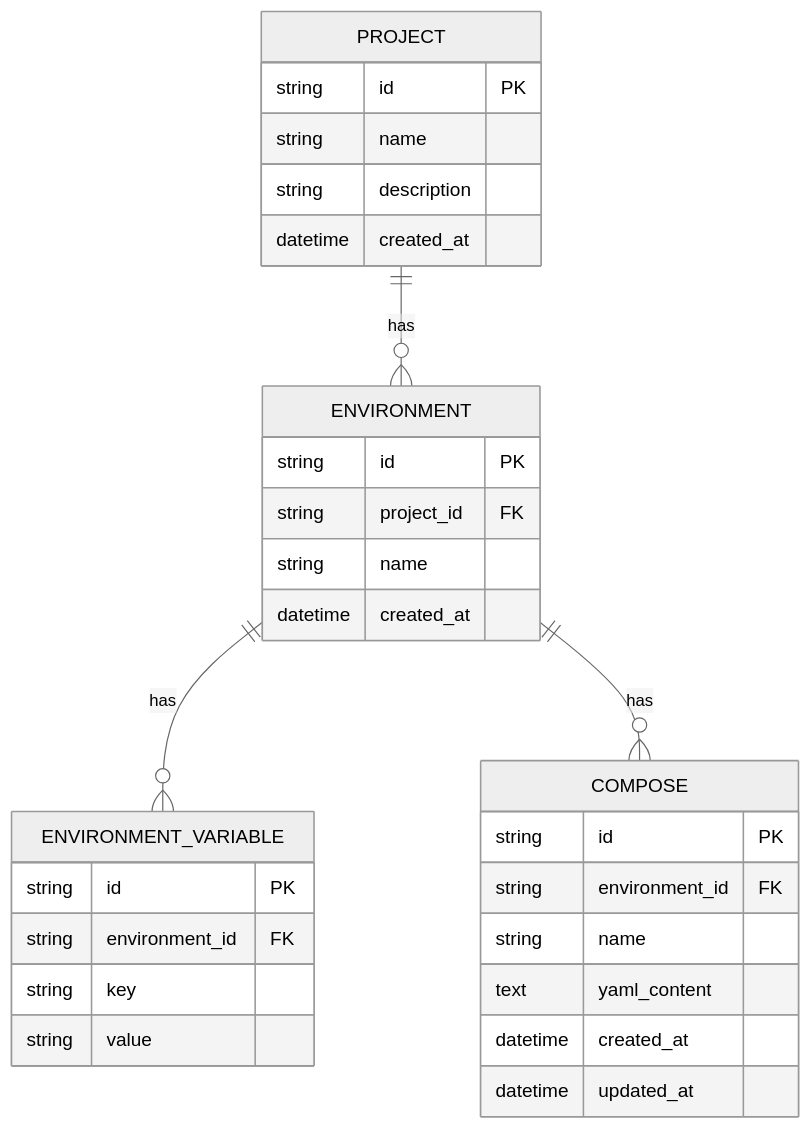
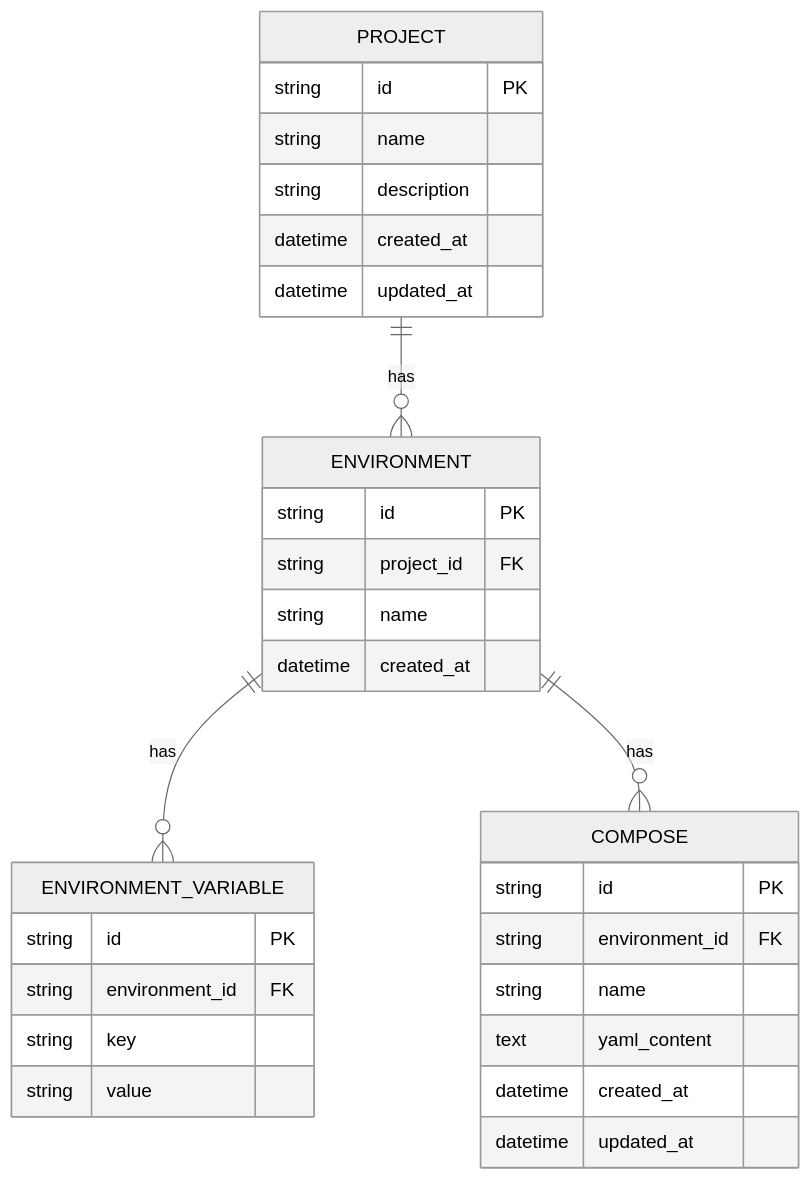
Before and after one commit to relist/relist-panel: the fourth of 6 diagrams in docs/sa.md, drawn with Mermaid (neutral theme). The commit also changed other lines of this file and 11 other files, not shown here.

````diff
--- a/docs/sa.md
+++ b/docs/sa.md
@@ -112,33 +112,34 @@
 ```mermaid
 erDiagram
     PROJECT ||--o{ ENVIRONMENT : has
     ENVIRONMENT ||--o{ ENVIRONMENT_VARIABLE : has
     ENVIRONMENT ||--o{ COMPOSE : has
 
     PROJECT {
         string id PK
         string name
         string description
         datetime created_at
+        datetime updated_at
     }
     ENVIRONMENT {
         string id PK
         string project_id FK
         string name
         datetime created_at
     }
     ENVIRONMENT_VARIABLE {
         string id PK
         string environment_id FK
         string key
         string value
     }
     COMPOSE {
         string id PK
         string environment_id FK
         string name
         text yaml_content
         datetime created_at
         datetime updated_at
     }
 ```
````
